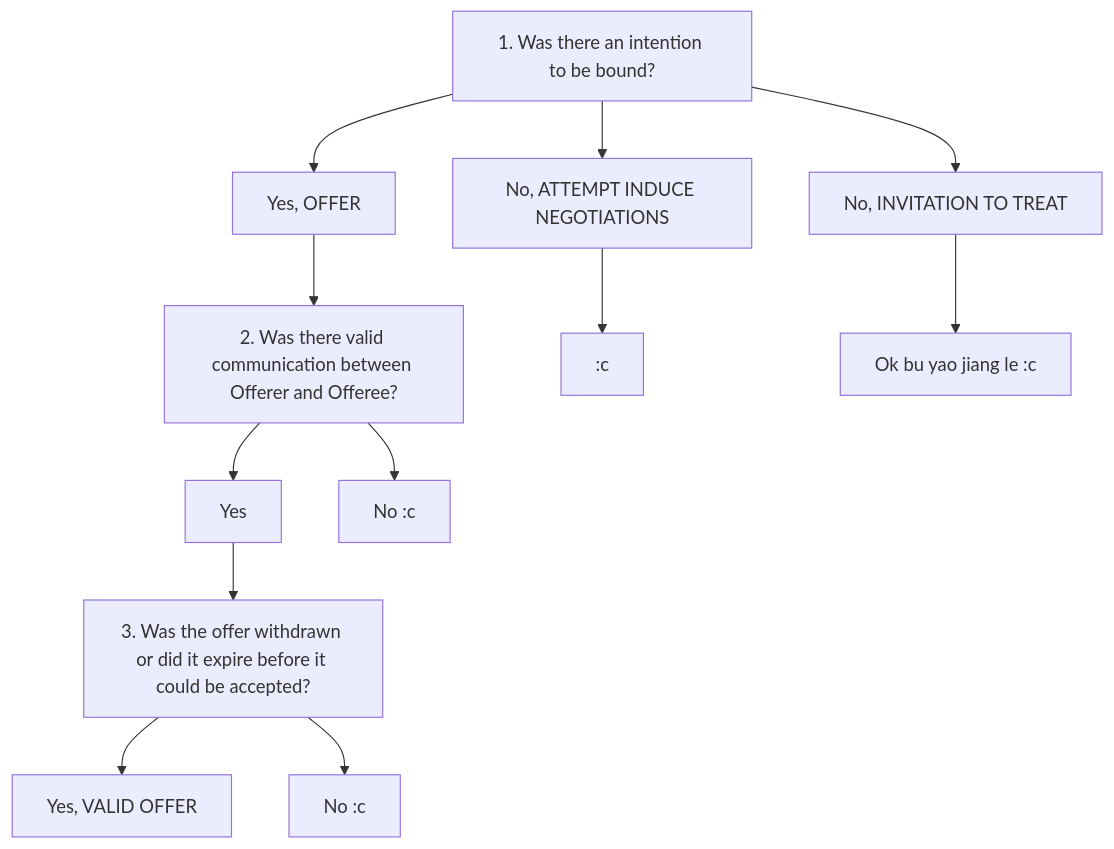
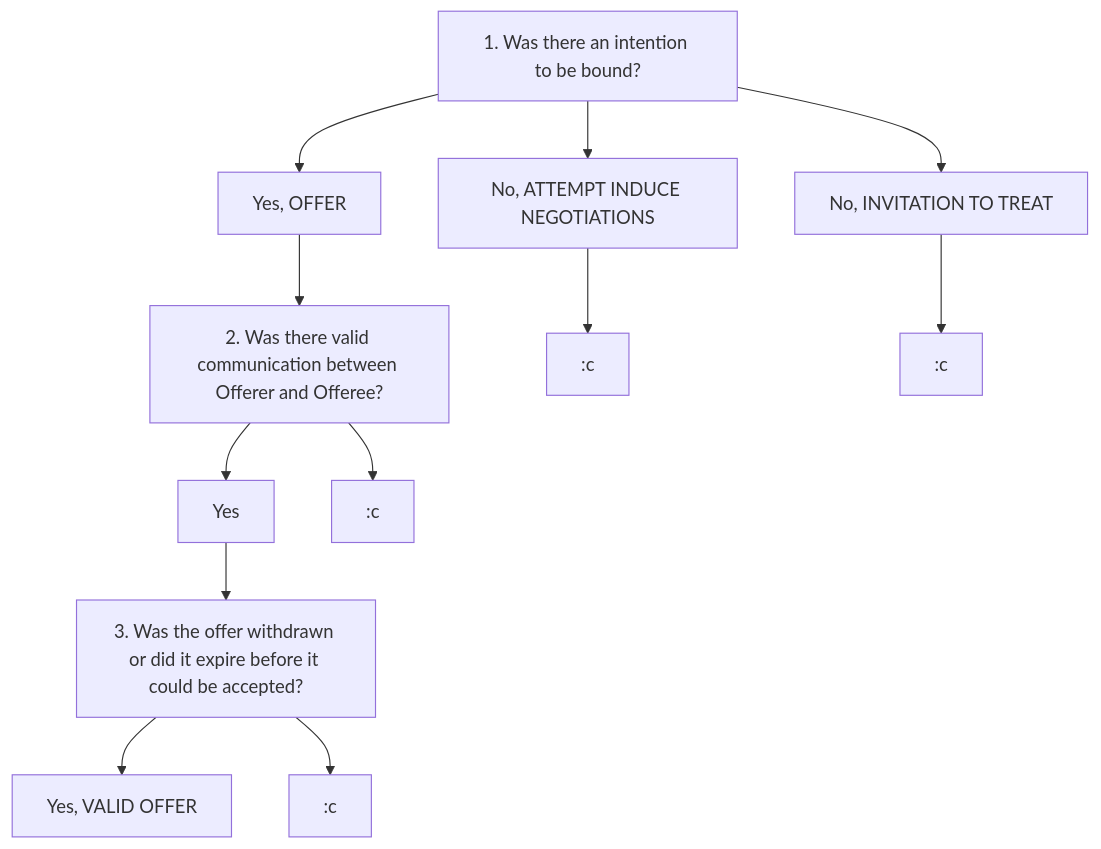
Before and after one commit to gongahkia/personal-wiki: the diagram in bach1/law/law101-Contract1/law101-Contract1-week1.md, drawn with Mermaid. The commit also changed other lines of this file, not shown here.

````diff
--- a/bach1/law/law101-Contract1/law101-Contract1-week1.md
+++ b/bach1/law/law101-Contract1/law101-Contract1-week1.md
@@ -84,14 +84,14 @@
 ```mermaid
 flowchart TD 
    A[1. Was there an intention to be bound?]  -->  B[Yes, OFFER]
    B --> E[2. Was there valid communication between Offerer and Offeree?]
    A --> C[No, INVITATION TO TREAT]
    A --> K[No, ATTEMPT INDUCE NEGOTIATIONS]
    K --> L[:c]
-   C --> D[Ok bu yao jiang le :c]
+   C --> D[:c]
    E --> F[Yes]
    F --> H[3. Was the offer withdrawn or did it expire before it could be accepted?]
-   E --> G[No :c]
+   E --> G[:c]
    H --> I[Yes, VALID OFFER]
-   H --> J[No :c]
+   H --> J[:c]
 ```
````
